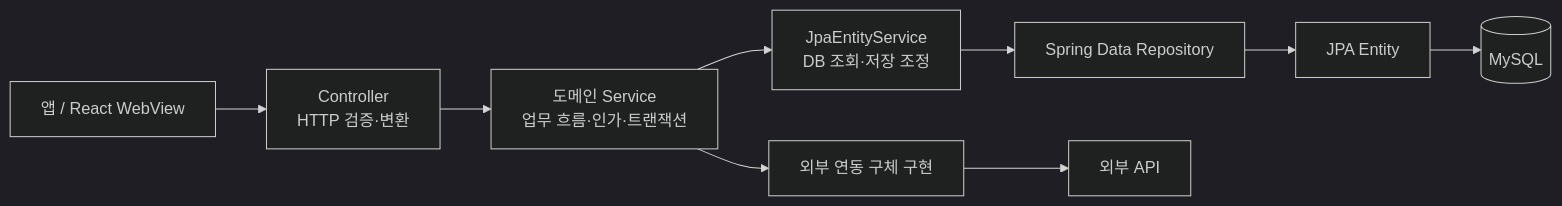
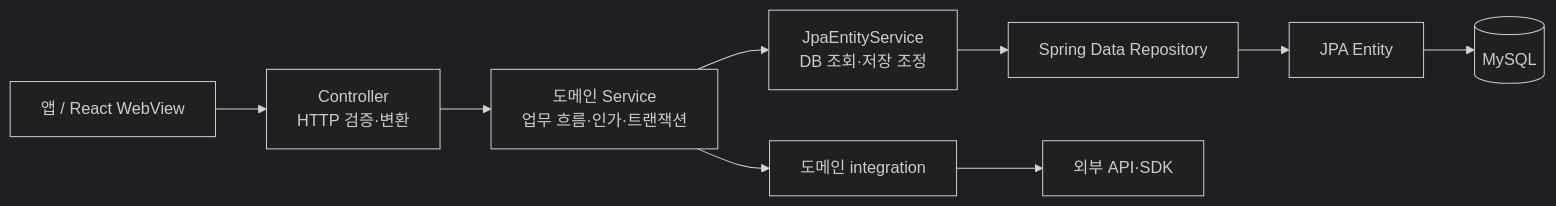
One commit to DongHyeonEom/umji-market-api changed the first of 2 diagrams in docs/architecture.md. Above: the diagram before and after it, drawn with Mermaid (dark theme). The commit also changed other lines of this file and 8 other files, not shown here.

````diff
--- a/docs/architecture.md
+++ b/docs/architecture.md
@@ -9,11 +9,11 @@
 ```mermaid
 flowchart LR
     Client["앱 / React WebView"] --> Controller["Controller<br/>HTTP 검증·변환"]
     Controller --> Service["도메인 Service<br/>업무 흐름·인가·트랜잭션"]
     Service --> JpaService["JpaEntityService<br/>DB 조회·저장 조정"]
     JpaService --> Repository["Spring Data Repository"]
     Repository --> Entity["JPA Entity"]
     Entity --> Database[("MySQL")]
-    Service --> Integration["외부 연동 구체 구현"]
-    Integration --> External["외부 API"]
+    Service --> Integration["도메인 integration"]
+    Integration --> External["외부 API·SDK"]
 ```
````
